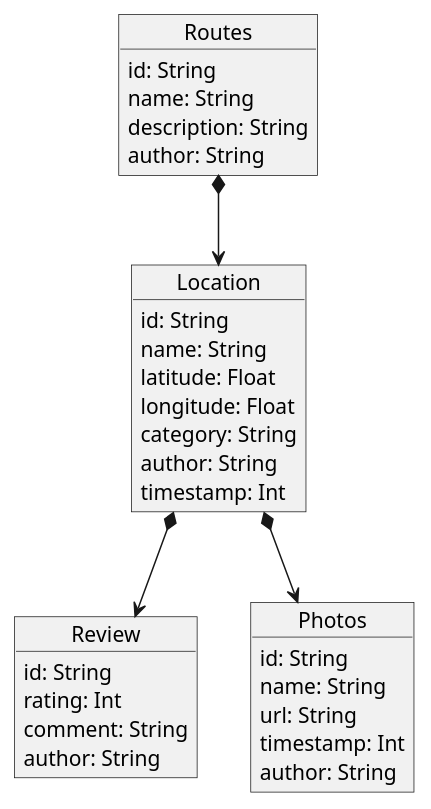
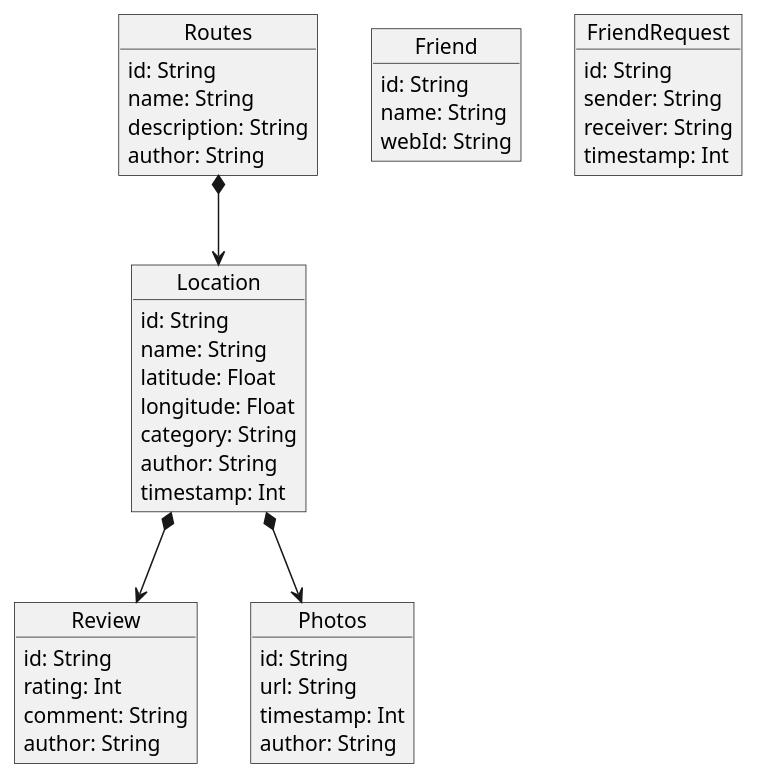
Before and after one commit to Arquisoft/lomap_es1c: the diagram in docs/08_concepts.adoc, drawn with PlantUML.

Commit message:
Documetacion terminada

```diff
--- a/docs/08_concepts.adoc
+++ b/docs/08_concepts.adoc
@@ -55,38 +55,50 @@
 [plantuml,"Domain model",png]
 ----
 object Routes{
     id: String
     name: String
     description: String
     author: String 
 }
 
 object Location{
     id: String
     name: String
     latitude: Float
     longitude: Float
     category: String
     author: String
     timestamp: Int
 }
 
 object Review{
     id: String
     rating: Int
     comment: String
     author: String
 }
 
 object Photos{
     id: String
-    name: String
     url: String
     timestamp: Int
     author: String 
+}
+
+object Friend{
+    id: String
+    name: String
+    webId: String
+}
+
+object FriendRequest{
+    id: String
+    sender: String
+    receiver: String
+    timestamp: Int
 }
 
 Routes *--> Location
 Location *--> Review
 Location *--> Photos
 ----
```
